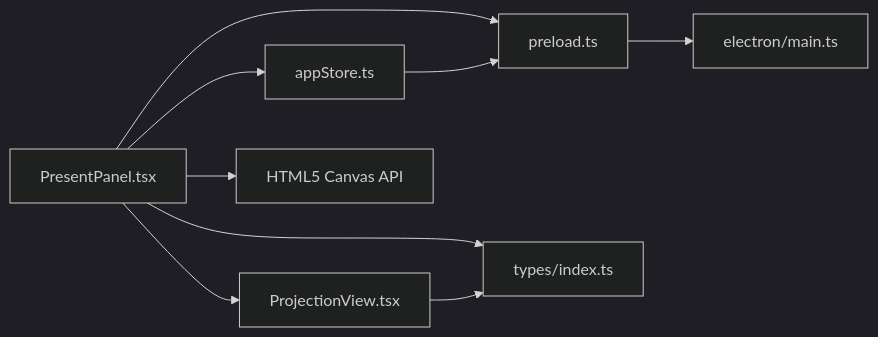
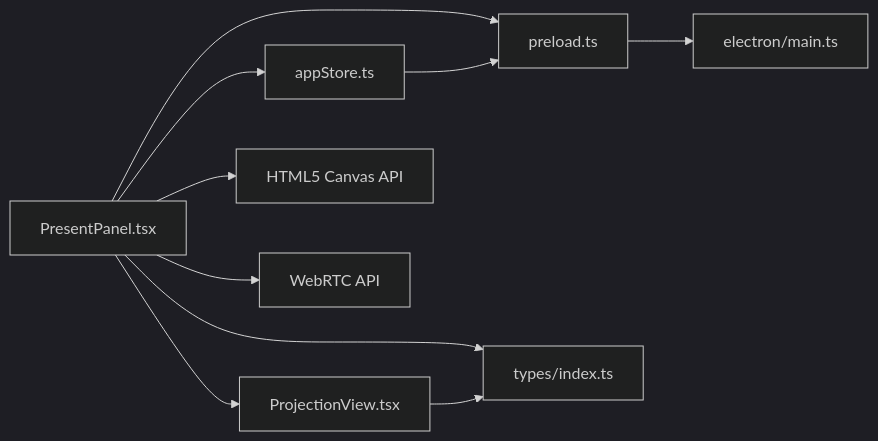
One commit to jimmywyk/lyricdeck changed the fourth of 4 diagrams in .qoder/repowiki/en/content/User Interface Components/Presentation Controls Component.md. Above: the diagram before and after it, drawn with Mermaid (dark theme). The commit also changed other lines of this file and 5 other files, not shown here.

````diff
--- a/.qoder/repowiki/en/content/User Interface Components/Presentation Controls Component.md
+++ b/.qoder/repowiki/en/content/User Interface Components/Presentation Controls Component.md
@@ -387,11 +373,12 @@
 ```mermaid
 graph LR
 PP["PresentPanel.tsx"] --> AS["appStore.ts"]
 PP --> PRE["preload.ts"]
 PP --> TYPES["types/index.ts"]
 PP --> PV["ProjectionView.tsx"]
 PP --> CANVAS["HTML5 Canvas API"]
+PP --> WEBRTC["WebRTC API"]
 PV --> TYPES
 AS --> PRE
 PRE --> MAIN["electron/main.ts"]
 ```
````
